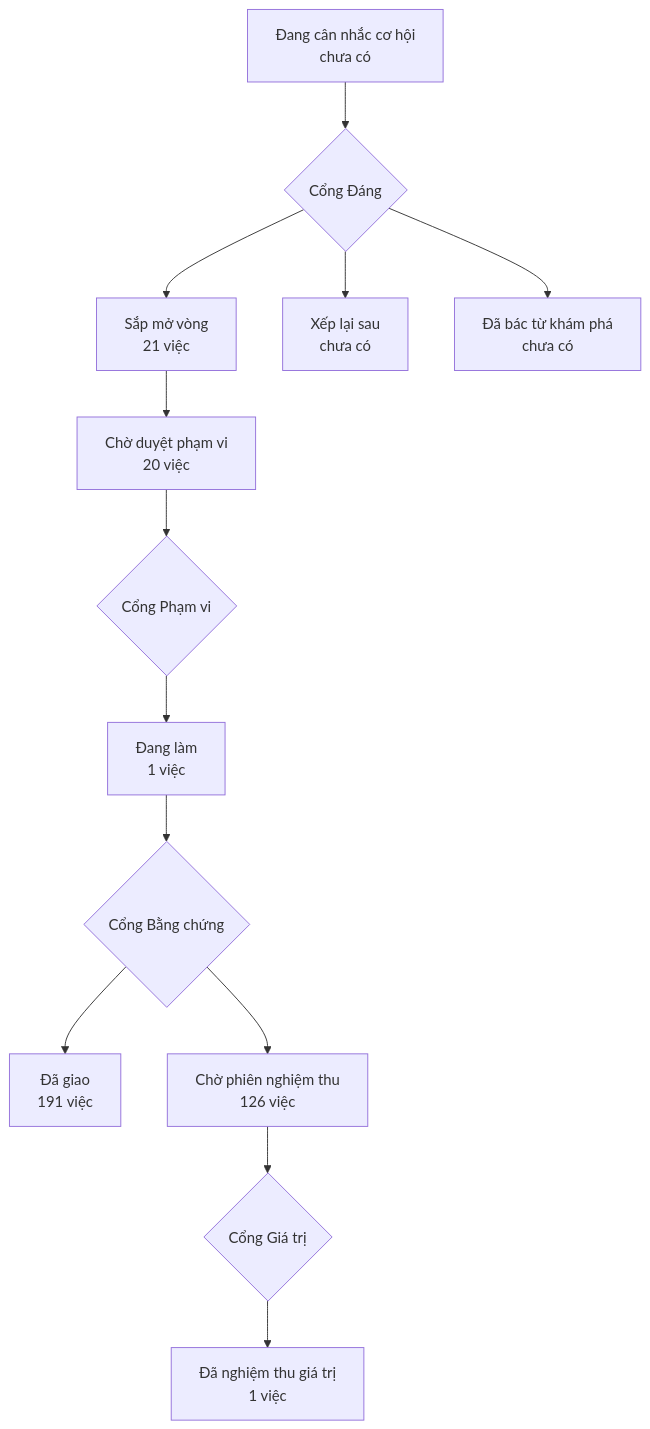
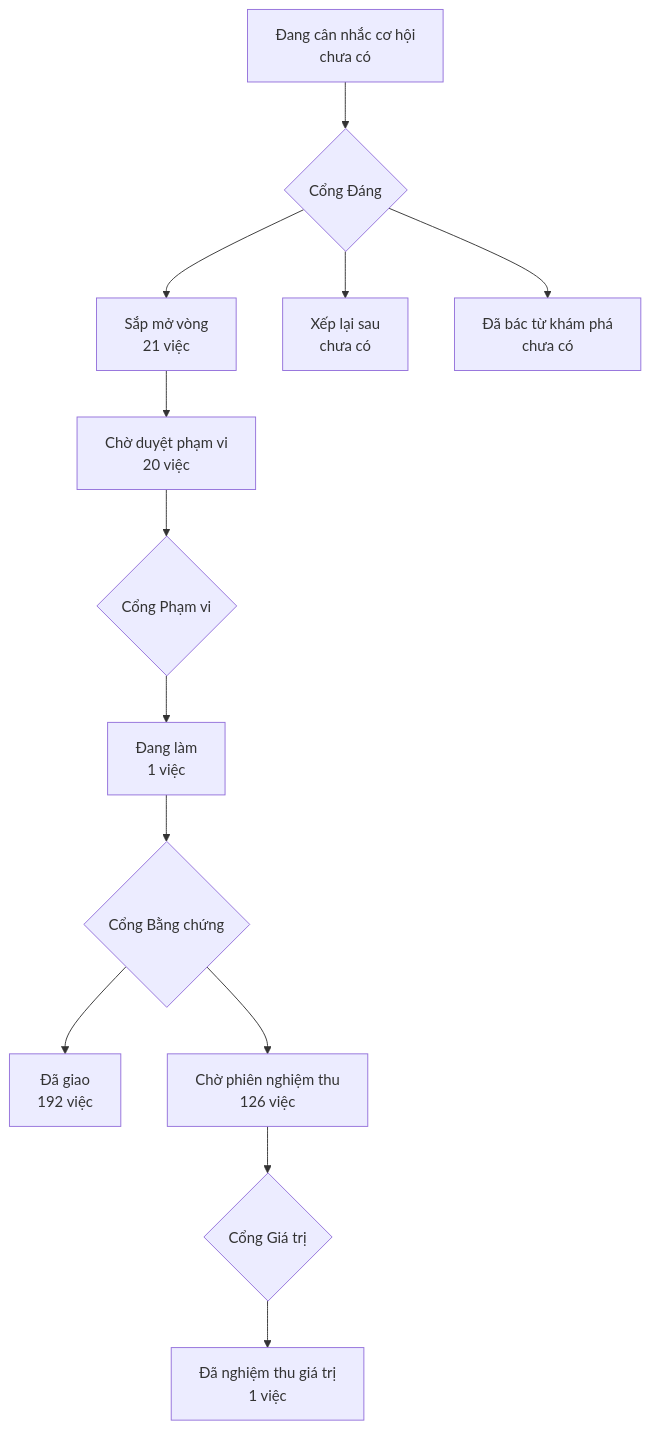
The diagram in PRODUCT-MAP.md (phanlemanh/onehub-invest), drawn with Mermaid before and after one commit. The commit also changed other lines of this file and 1 other file, not shown here.

Commit message:
chore(map): vẽ lại bản đồ sau khi gộp main 5feee127

````diff
--- a/PRODUCT-MAP.md
+++ b/PRODUCT-MAP.md
@@ -7,12 +7,12 @@
 ```mermaid
 flowchart TD
   A["Đang cân nhắc cơ hội<br/>chưa có"] --> GD{"Cổng Đáng"}
   GD --> B["Sắp mở vòng<br/>21 việc"]
   GD --> XL["Xếp lại sau<br/>chưa có"]
   GD --> DB["Đã bác từ khám phá<br/>chưa có"]
   B --> CD["Chờ duyệt phạm vi<br/>20 việc"] --> GP{"Cổng Phạm vi"}
   GP --> DL["Đang làm<br/>1 việc"] --> GB{"Cổng Bằng chứng"}
-  GB --> DG["Đã giao<br/>191 việc"]
+  GB --> DG["Đã giao<br/>192 việc"]
   GB --> CN["Chờ phiên nghiệm thu<br/>126 việc"] --> GG{"Cổng Giá trị"}
   GG --> NT["Đã nghiệm thu giá trị<br/>1 việc"]
 ```
````
